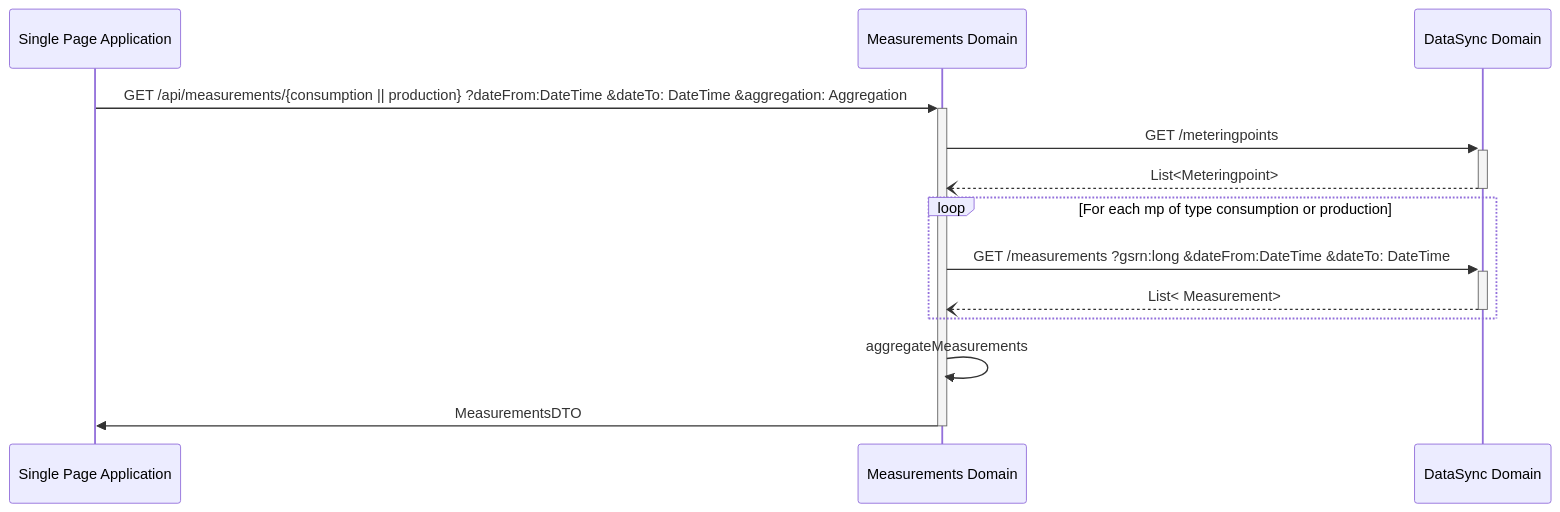
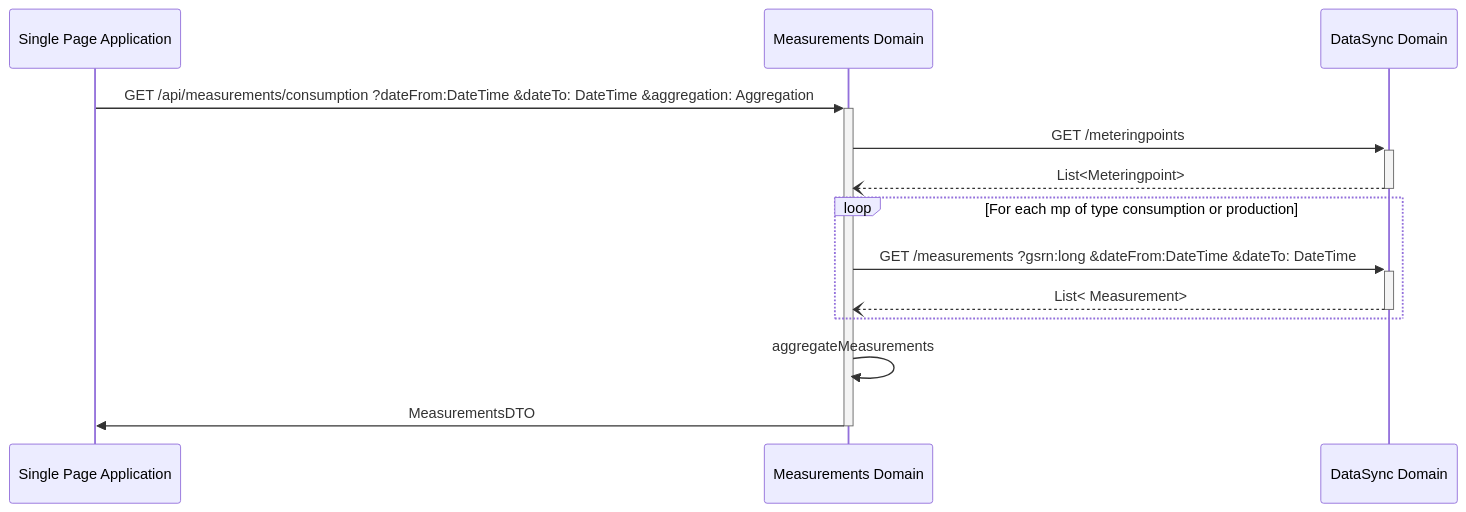
Before and after one commit to Energinet-DataHub/energy-origin: the first of 2 diagrams in doc/api/measurements.md, drawn with Mermaid. The commit also changed other lines of this file, not shown here.

````diff
--- a/doc/api/measurements.md
+++ b/doc/api/measurements.md
@@ -45,21 +46,21 @@
 ```mermaid
 sequenceDiagram
     participant spa as Single Page Application
     participant em as Measurements Domain
     participant ds as DataSync Domain
 
-    spa->>+ em: GET /api/measurements/{consumption || production}  ?dateFrom:DateTime  &dateTo: DateTime &aggregation: Aggregation
+    spa->>+ em: GET /api/measurements/consumption  ?dateFrom:DateTime  &dateTo: DateTime &aggregation: Aggregation
     
     em->>+ ds: GET /meteringpoints
     ds--)- em: List<Meteringpoint>
     
     loop For each mp of type consumption or production
       em ->>+ ds: GET /measurements ?gsrn:long &dateFrom:DateTime &dateTo: DateTime
         
       ds --)- em: List< Measurement>
     end
     em->> em: aggregateMeasurements
 
     em->>- spa: MeasurementsDTO
 
 ```
````
